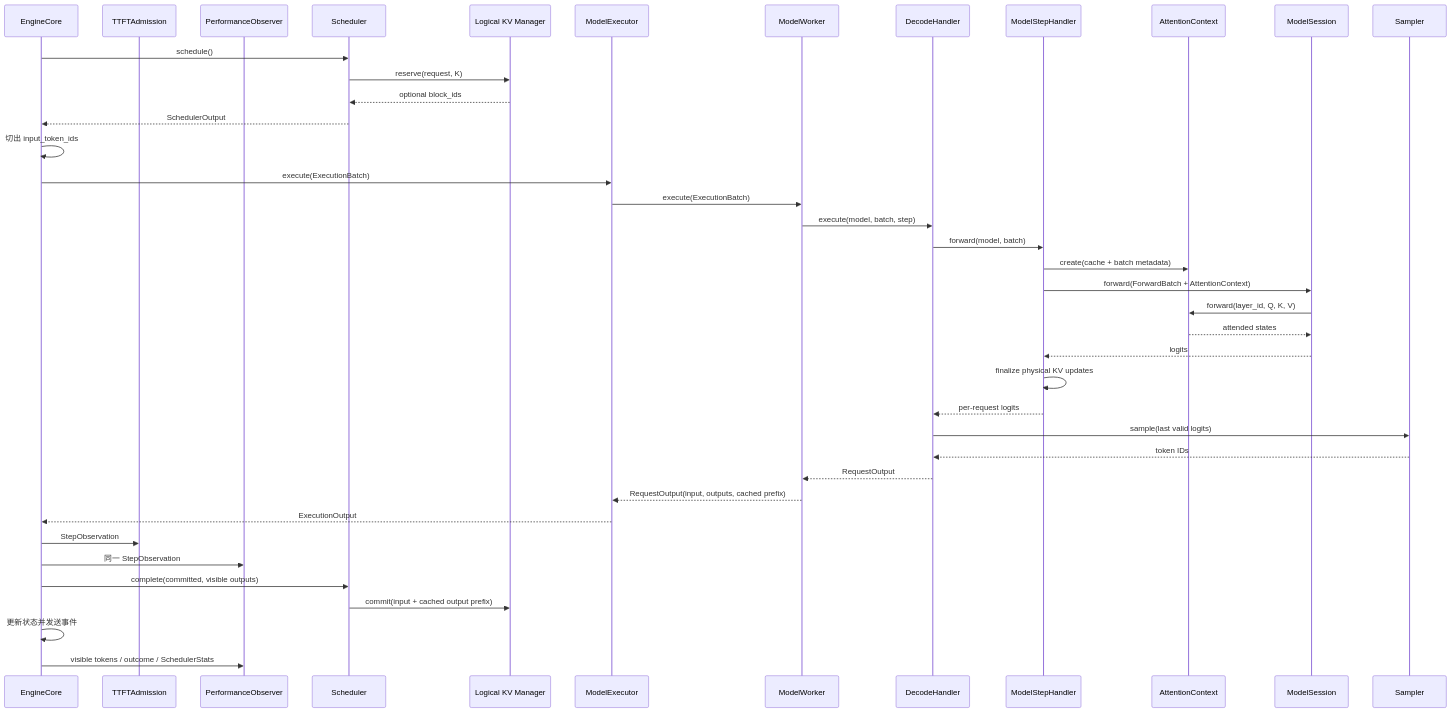
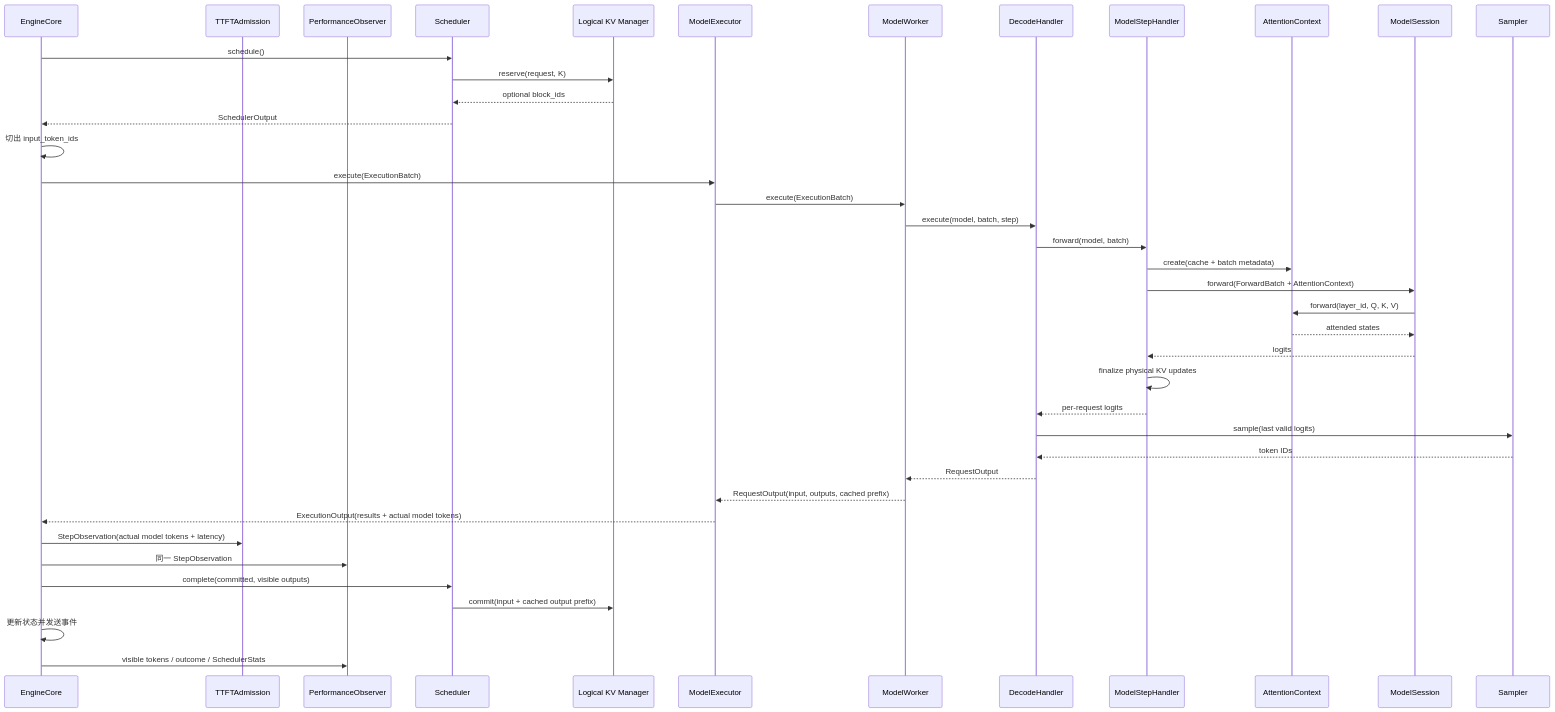
The second of 3 diagrams in docs/design.md (poorpaper/light-vllm), drawn with Mermaid before and after one commit. The commit also changed other lines of this file and 21 other files, not shown here.

````diff
--- a/docs/design.md
+++ b/docs/design.md
@@ -145,43 +146,43 @@
 ```mermaid
 sequenceDiagram
     participant E as EngineCore
     participant T as TTFTAdmission
     participant O as PerformanceObserver
     participant S as Scheduler
     participant K as Logical KV Manager
     participant X as ModelExecutor
     participant W as ModelWorker
     participant D as DecodeHandler
     participant H as ModelStepHandler
     participant A as AttentionContext
     participant M as ModelSession
     participant P as Sampler
 
     E->>S: schedule()
     S->>K: reserve(request, K)
     K-->>S: optional block_ids
     S-->>E: SchedulerOutput
     E->>E: 切出 input_token_ids
     E->>X: execute(ExecutionBatch)
     X->>W: execute(ExecutionBatch)
     W->>D: execute(model, batch, step)
     D->>H: forward(model, batch)
     H->>A: create(cache + batch metadata)
     H->>M: forward(ForwardBatch + AttentionContext)
     M->>A: forward(layer_id, Q, K, V)
     A-->>M: attended states
     M-->>H: logits
     H->>H: finalize physical KV updates
     H-->>D: per-request logits
     D->>P: sample(last valid logits)
     P-->>D: token IDs
     D-->>W: RequestOutput
     W-->>X: RequestOutput(input, outputs, cached prefix)
-    X-->>E: ExecutionOutput
-    E->>T: StepObservation
+    X-->>E: ExecutionOutput(results + actual model tokens)
+    E->>T: StepObservation(actual model tokens + latency)
     E->>O: 同一 StepObservation
     E->>S: complete(committed, visible outputs)
     S->>K: commit(input + cached output prefix)
     E->>E: 更新状态并发送事件
     E->>O: visible tokens / outcome / SchedulerStats
 ```
````
